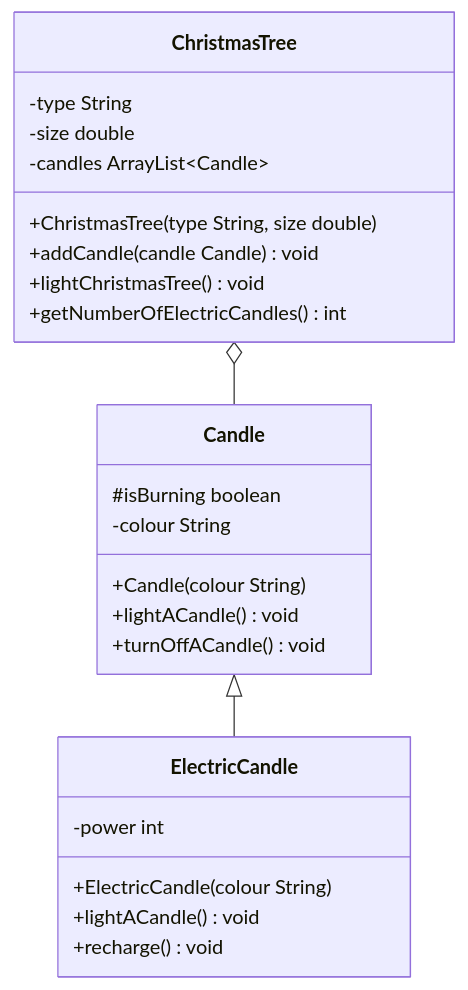
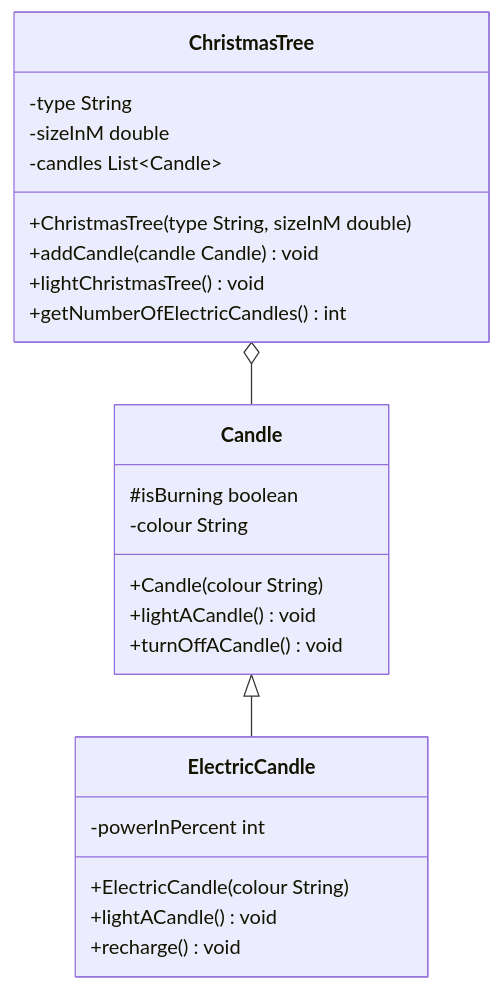
Before and after one commit to jappuccini/java-docs: the diagram in docs/exam-exercises/exam-exercises-java1/christmas-tree.md, drawn with Mermaid. The commit also changed other lines of this file, not shown here.

````diff
--- a/docs/exam-exercises/exam-exercises-java1/christmas-tree.md
+++ b/docs/exam-exercises/exam-exercises-java1/christmas-tree.md
@@ -11,31 +11,31 @@
 ```mermaid
 classDiagram
     Candle <|-- ElectricCandle
     ChristmasTree o-- Candle
 
     class ChristmasTree {
         -type String
-        -size double
-        -candles ArrayList~Candle~
-        +ChristmasTree(type String, size double)
+        -sizeInM double
+        -candles List~Candle~
+        +ChristmasTree(type String, sizeInM double)
         +addCandle(candle Candle) void
         +lightChristmasTree() void
         +getNumberOfElectricCandles() int
 
     }
 
     class Candle {
         #isBurning boolean
         -colour String
         +Candle(colour String)
         +lightACandle() void
         +turnOffACandle() void
     }
 
     class ElectricCandle {
-        -power int
+        -powerInPercent int
         +ElectricCandle(colour String)
         +lightACandle() void
         +recharge() void
     }
 ```
````
